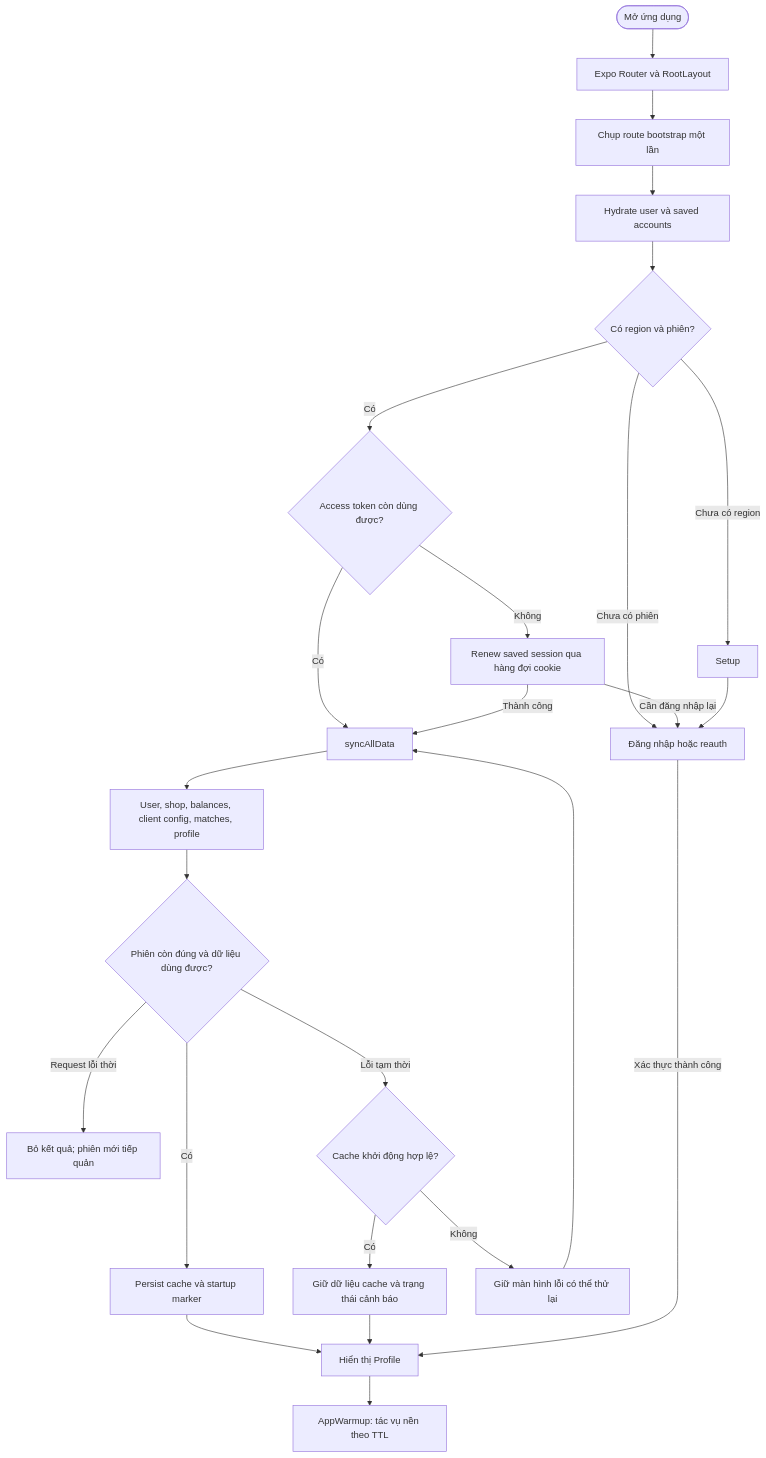
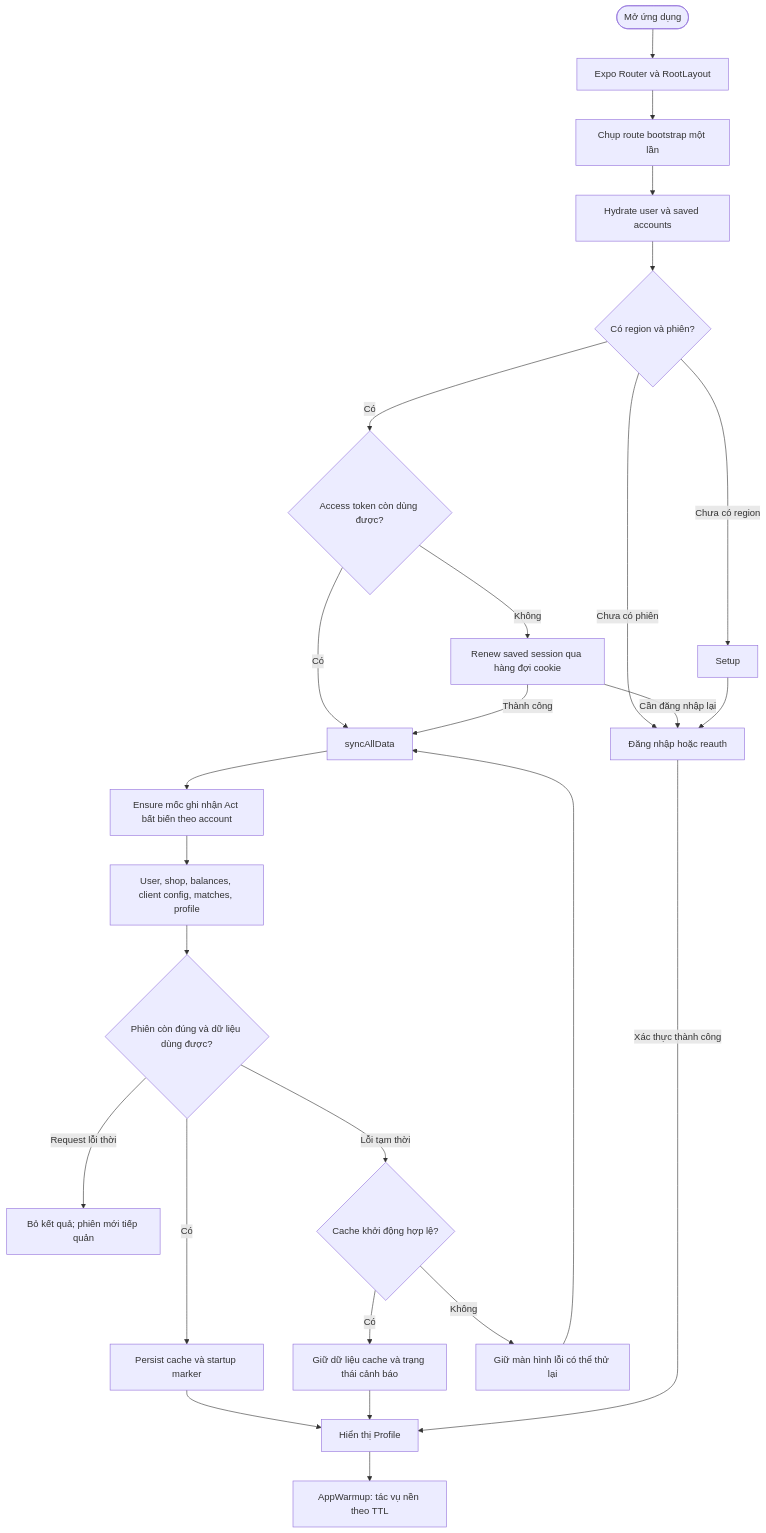
Before and after one commit to GinzaTech/Vshop: the diagram in markdown/01-flowchart.md, drawn with Mermaid. The commit also changed other lines of this file and 95 other files, not shown here.

````diff
--- a/markdown/01-flowchart.md
+++ b/markdown/01-flowchart.md
@@ -5,27 +5,28 @@
 ```mermaid
 flowchart TD
     A([Mở ứng dụng]) --> B[Expo Router và RootLayout]
     B --> B1[Chụp route bootstrap một lần]
     B1 --> C[Hydrate user và saved accounts]
     C --> D{Có region và phiên?}
     D -- Chưa có region --> E[Setup]
     D -- Chưa có phiên --> F[Đăng nhập hoặc reauth]
     D -- Có --> G{Access token còn dùng được?}
     G -- Không --> H[Renew saved session qua hàng đợi cookie]
     G -- Có --> I[syncAllData]
     H -- Thành công --> I
     H -- Cần đăng nhập lại --> F
-    I --> J[User, shop, balances, client config, matches, profile]
+    I --> I1[Ensure mốc ghi nhận Act bất biến theo account]
+    I1 --> J[User, shop, balances, client config, matches, profile]
     J --> K{Phiên còn đúng và dữ liệu dùng được?}
     K -- Có --> L[Persist cache và startup marker]
     L --> M[Hiển thị Profile]
     M --> N[AppWarmup: tác vụ nền theo TTL]
     K -- Request lỗi thời --> O[Bỏ kết quả; phiên mới tiếp quản]
     K -- Lỗi tạm thời --> P{Cache khởi động hợp lệ?}
     P -- Có --> Q[Giữ dữ liệu cache và trạng thái cảnh báo]
     Q --> M
     P -- Không --> R[Giữ màn hình lỗi có thể thử lại]
     R --> I
     E --> F
     F -- Xác thực thành công --> M
 ```
````
